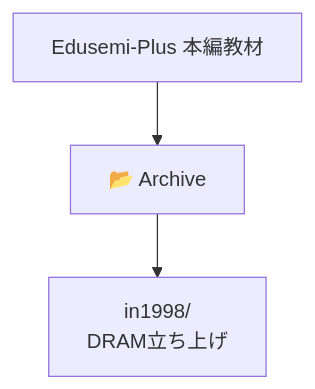
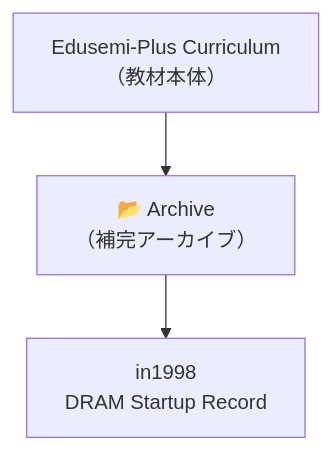
The diagram in archive/README.md (Samizo-AITL/Edusemi-Plus), drawn with Mermaid before and after one commit. The commit also changed other lines of this file, not shown here.

````diff
--- a/archive/README.md
+++ b/archive/README.md
@@ -50,7 +69,7 @@
 ```mermaid
 flowchart TD
-    EdusemiPlus[Edusemi-Plus 本編教材]
-    Archive[📂 Archive]
-    in1998[in1998/<br>DRAM立ち上げ]
+    EdusemiPlus[Edusemi-Plus Curriculum<br>（教材本体）]
+    Archive[📂 Archive<br>（補完アーカイブ）]
+    in1998[in1998<br>DRAM Startup Record]
     EdusemiPlus --> Archive --> in1998
 ```
````
